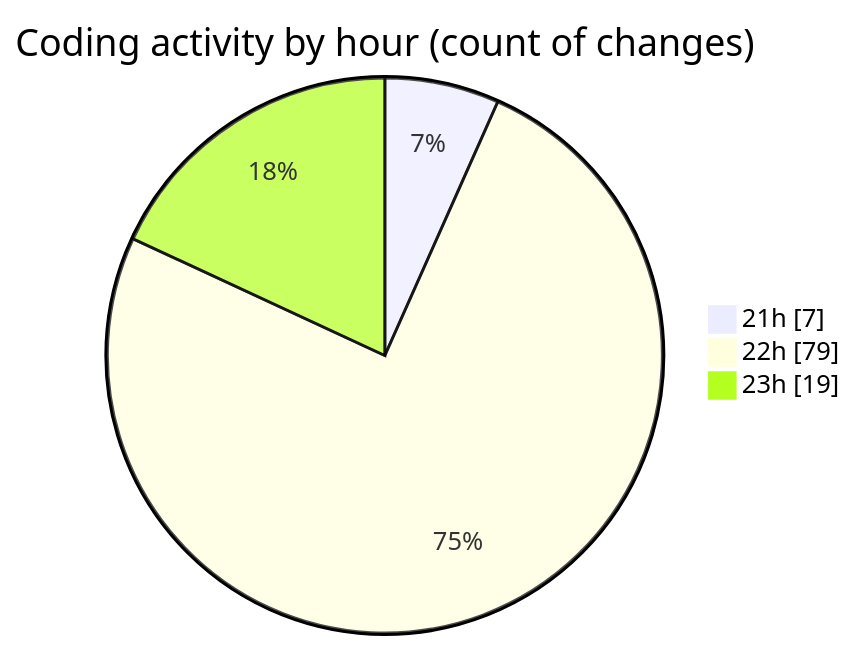
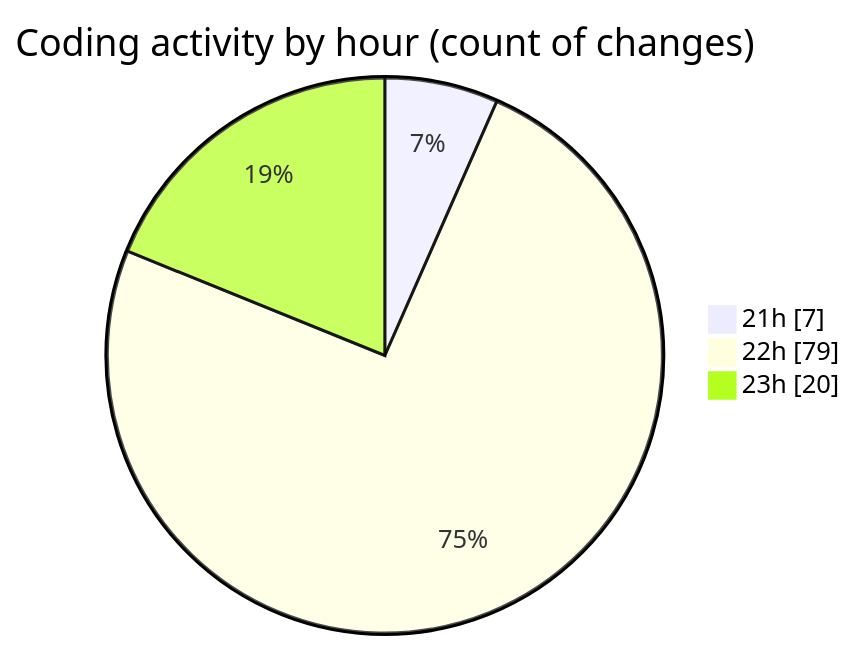
Before and after one commit to EIIisD/code-tracking: the second of 2 diagrams in 2025-08-26/mcp-web/README.md, drawn with Mermaid. The commit also changed other lines of this file and 1 other file, not shown here.

````diff
--- a/2025-08-26/mcp-web/README.md
+++ b/2025-08-26/mcp-web/README.md
@@ -37,7 +37,7 @@
 ```mermaid
 pie showData
 title Coding activity by hour (count of changes)
 "21h" : 7
 "22h" : 79
-"23h" : 19
+"23h" : 20
 ```
````
